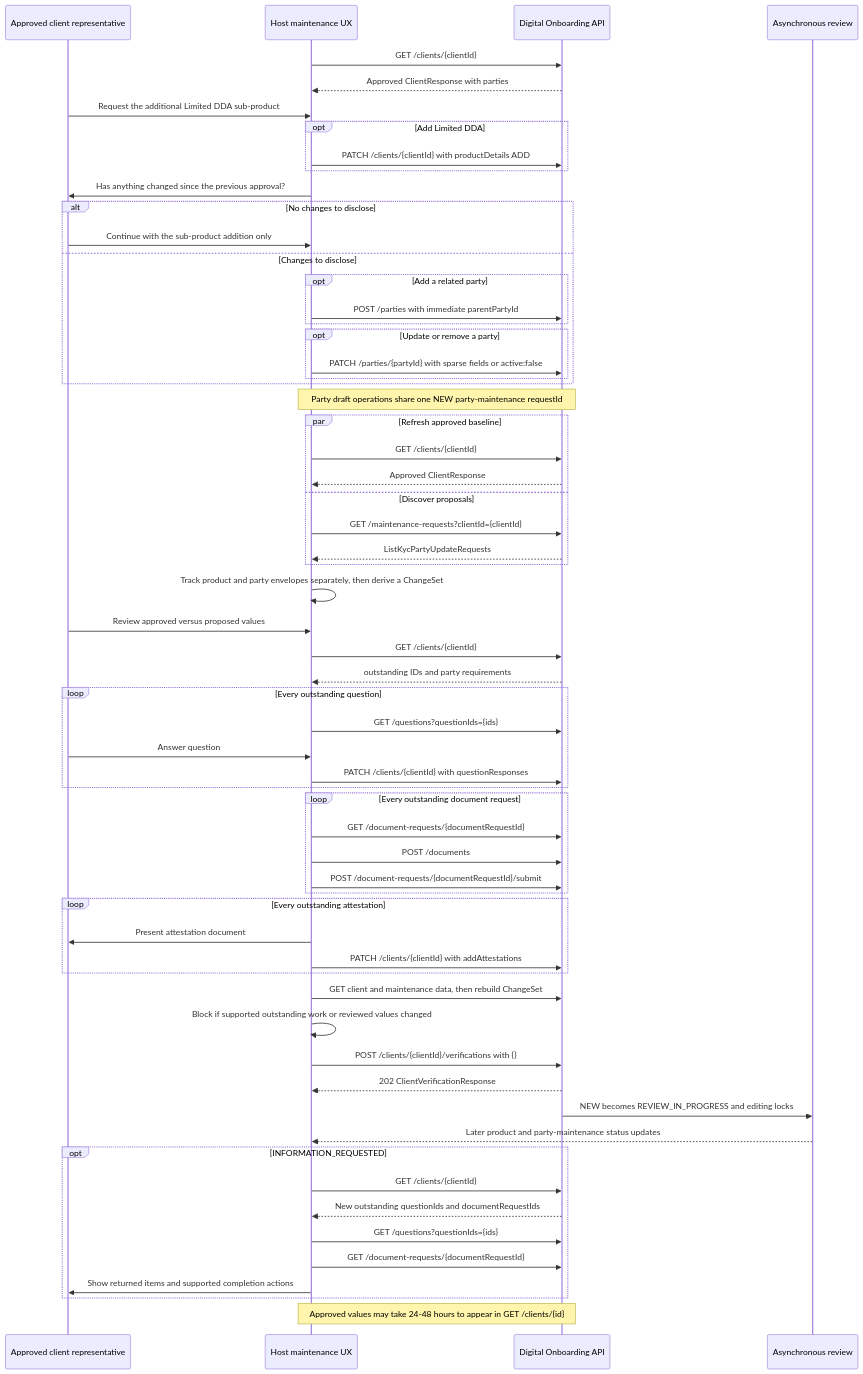
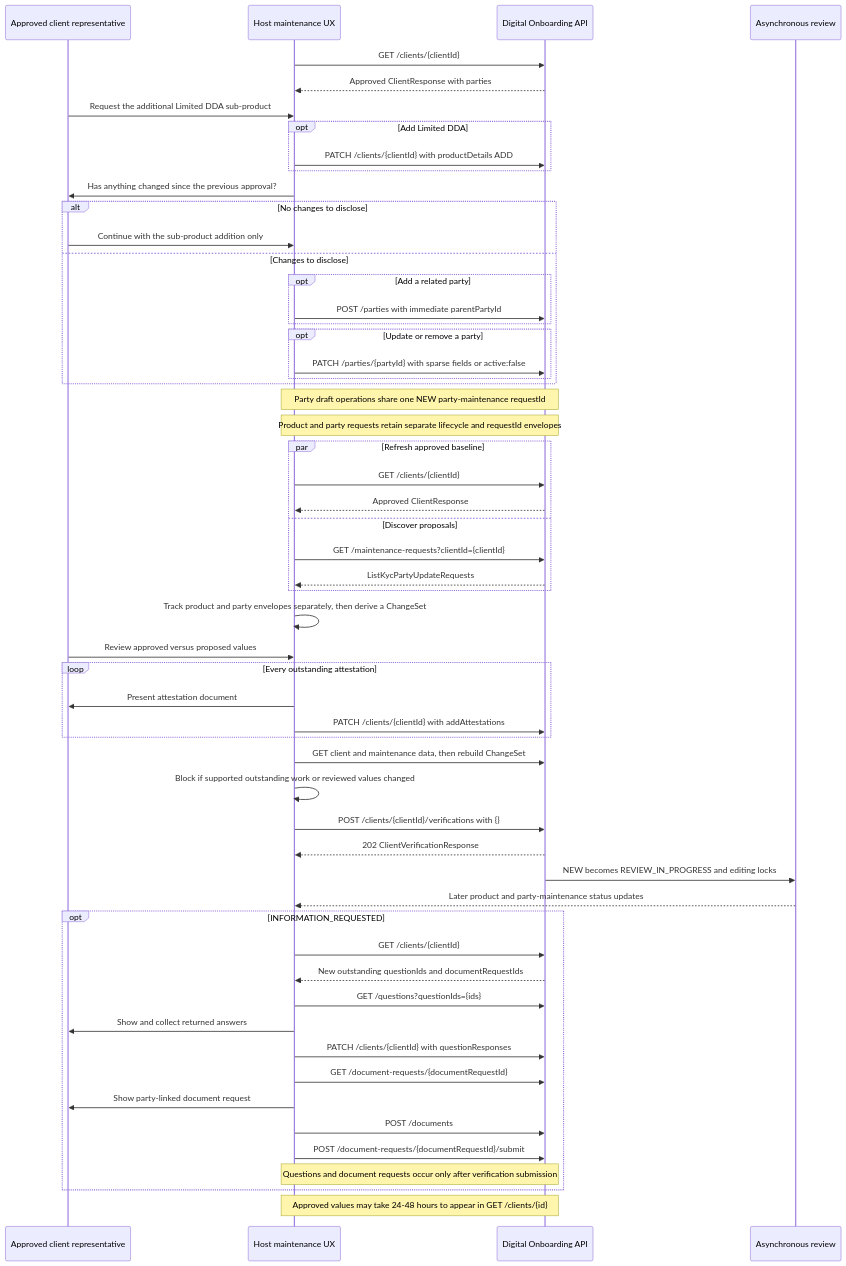
The diagram in embedded-components/docs/APPROVED_CLIENT_MAINTENANCE_RECIPE.md (jpmorgan-payments/embedded-finance), drawn with Mermaid before and after one commit. The commit also changed other lines of this file and 14 other files, not shown here.

Commit message:
feat: Enhance client maintenance flow with new question handling and separate request lifecycles

````diff
--- a/embedded-components/docs/APPROVED_CLIENT_MAINTENANCE_RECIPE.md
+++ b/embedded-components/docs/APPROVED_CLIENT_MAINTENANCE_RECIPE.md
@@ -103,65 +107,59 @@
 ```mermaid
 sequenceDiagram
     participant U as Approved client representative
     participant UX as Host maintenance UX
     participant API as Digital Onboarding API
     participant JPMC as Asynchronous review
 
     UX->>API: GET /clients/{clientId}
     API-->>UX: Approved ClientResponse with parties
     U->>UX: Request the additional Limited DDA sub-product
     opt Add Limited DDA
       UX->>API: PATCH /clients/{clientId} with productDetails ADD
     end
     UX->>U: Has anything changed since the previous approval?
     alt No changes to disclose
       U->>UX: Continue with the sub-product addition only
     else Changes to disclose
       opt Add a related party
         UX->>API: POST /parties with immediate parentPartyId
       end
       opt Update or remove a party
         UX->>API: PATCH /parties/{partyId} with sparse fields or active:false
       end
     end
     Note over UX,API: Party draft operations share one NEW party-maintenance requestId
+    Note over UX,API: Product and party requests retain separate lifecycle and requestId envelopes
     par Refresh approved baseline
         UX->>API: GET /clients/{clientId}
         API-->>UX: Approved ClientResponse
     and Discover proposals
         UX->>API: GET /maintenance-requests?clientId={clientId}
         API-->>UX: ListKycPartyUpdateRequests
     end
     UX->>UX: Track product and party envelopes separately, then derive a ChangeSet
     U->>UX: Review approved versus proposed values
-    UX->>API: GET /clients/{clientId}
-    API-->>UX: outstanding IDs and party requirements
-    loop Every outstanding question
-      UX->>API: GET /questions?questionIds={ids}
-      U->>UX: Answer question
-      UX->>API: PATCH /clients/{clientId} with questionResponses
-    end
-    loop Every outstanding document request
-      UX->>API: GET /document-requests/{documentRequestId}
-      UX->>API: POST /documents
-      UX->>API: POST /document-requests/{documentRequestId}/submit
-    end
     loop Every outstanding attestation
       UX->>U: Present attestation document
       UX->>API: PATCH /clients/{clientId} with addAttestations
     end
     UX->>API: GET client and maintenance data, then rebuild ChangeSet
     UX->>UX: Block if supported outstanding work or reviewed values changed
     UX->>API: POST /clients/{clientId}/verifications with {}
     API-->>UX: 202 ClientVerificationResponse
     API->>JPMC: NEW becomes REVIEW_IN_PROGRESS and editing locks
     JPMC-->>UX: Later product and party-maintenance status updates
     opt INFORMATION_REQUESTED
       UX->>API: GET /clients/{clientId}
       API-->>UX: New outstanding questionIds and documentRequestIds
       UX->>API: GET /questions?questionIds={ids}
+      UX->>U: Show and collect returned answers
+      UX->>API: PATCH /clients/{clientId} with questionResponses
       UX->>API: GET /document-requests/{documentRequestId}
-      UX->>U: Show returned items and supported completion actions
+      UX->>U: Show party-linked document request
+      UX->>API: POST /documents
+      UX->>API: POST /document-requests/{documentRequestId}/submit
+      Note over UX,API: Questions and document requests occur only after verification submission
     end
     Note over UX,API: Approved values may take 24-48 hours to appear in GET /clients/{id}
 ```
````
